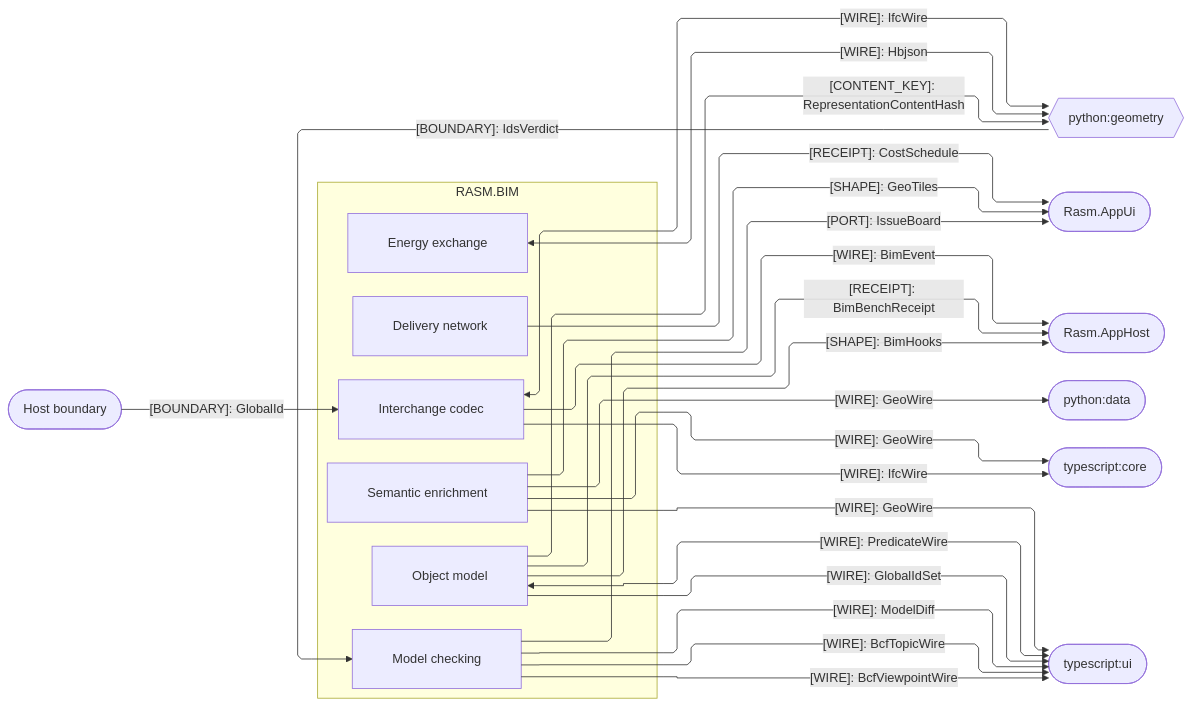
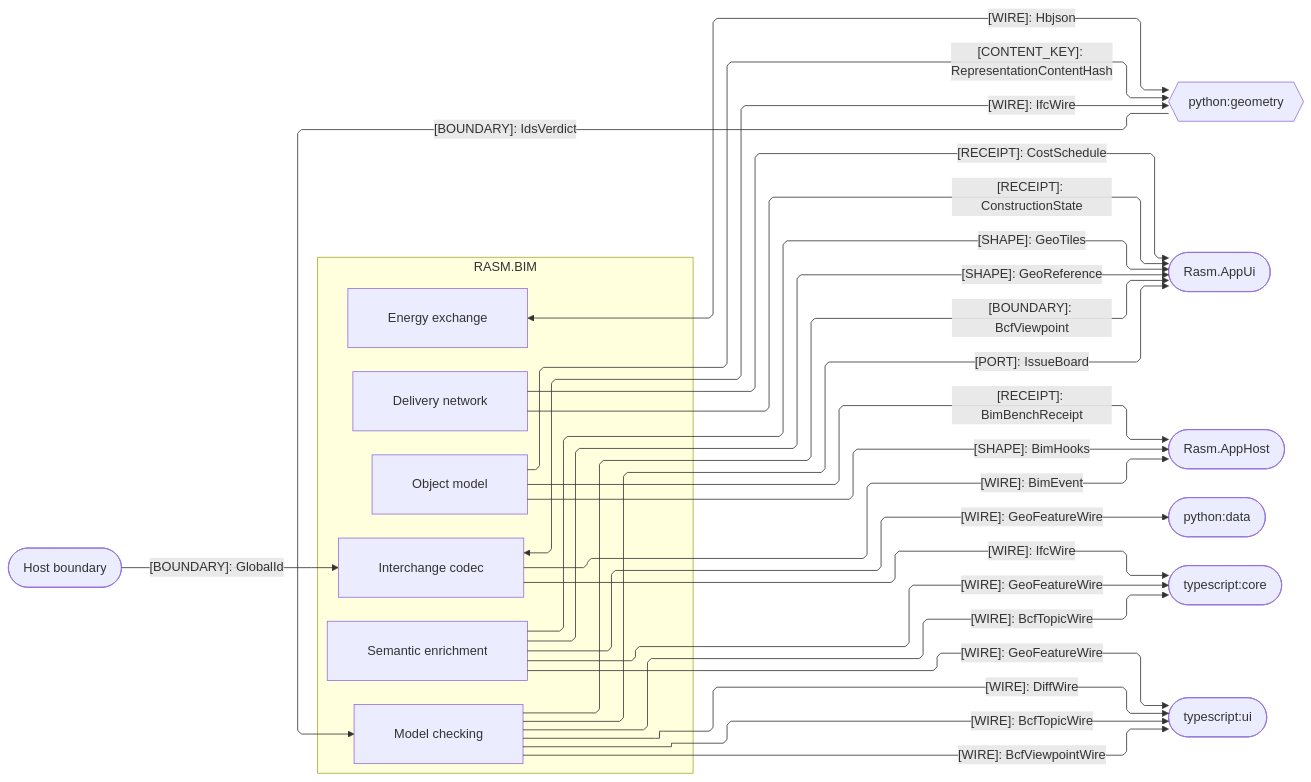
The third of 3 diagrams in libs/csharp/Rasm.Bim/ARCHITECTURE.md (bsamiee/Rasm), drawn with Mermaid before and after one commit. The commit also changed other lines of this file and 486 other files, not shown here.

````diff
--- a/libs/csharp/Rasm.Bim/ARCHITECTURE.md
+++ b/libs/csharp/Rasm.Bim/ARCHITECTURE.md
@@ -168,47 +166,49 @@
 ```mermaid
 ---
 config:
   layout: elk
   flowchart:
     curve: linear
     padding: 25
 ---
 flowchart LR
     accTitle: Bim cross-runtime, presentation, and host seams
-    accDescr: Bim sub-domain owners exchanging wires, receipts, and boundaries with the Python geometry and data runtimes, the TypeScript peers, the app shell, the app composition root, and the host boundary — one edge per contract family labeled by kind, bidirectional peers as hexagons, one-way partners as stadiums.
+    accDescr: Bim owners exchanging wires, shapes, receipts, and boundaries with the cross-runtime peers, the app platform, and the host boundary.
     subgraph bim[RASM.BIM]
         Model[Object model]
         Semantics[Semantic enrichment]
         Exchange[Interchange codec]
         Review[Model checking]
         Energy[Energy exchange]
         Planning[Delivery network]
     end
     Geometry{{python:geometry}}
     AppUi([Rasm.AppUi])
     AppHost([Rasm.AppHost])
     Host([Host boundary])
     Data([python:data])
     Core([typescript:core])
     Ui([typescript:ui])
     Exchange <-->|"[WIRE]: IfcWire"| Geometry
     Model -->|"[CONTENT_KEY]: RepresentationContentHash"| Geometry
     Geometry -->|"[BOUNDARY]: IdsVerdict"| Review
     Energy <-->|"[WIRE]: Hbjson"| Geometry
     Semantics -->|"[SHAPE]: GeoTiles"| AppUi
+    Semantics -->|"[SHAPE]: GeoReference"| AppUi
     Planning -->|"[RECEIPT]: CostSchedule"| AppUi
+    Planning -->|"[RECEIPT]: ConstructionState"| AppUi
     Review -->|"[PORT]: IssueBoard"| AppUi
+    Review -->|"[BOUNDARY]: BcfViewpoint"| AppUi
     Model -->|"[SHAPE]: BimHooks"| AppHost
     Model -->|"[RECEIPT]: BimBenchReceipt"| AppHost
     Exchange -->|"[WIRE]: BimEvent"| AppHost
     Host -->|"[BOUNDARY]: GlobalId"| Exchange
-    Semantics -->|"[WIRE]: GeoWire"| Data
+    Semantics -->|"[WIRE]: GeoFeatureWire"| Data
     Exchange -->|"[WIRE]: IfcWire"| Core
-    Semantics -->|"[WIRE]: GeoWire"| Core
+    Review -->|"[WIRE]: BcfTopicWire"| Core
+    Semantics -->|"[WIRE]: GeoFeatureWire"| Core
     Review -->|"[WIRE]: BcfTopicWire"| Ui
     Review -->|"[WIRE]: BcfViewpointWire"| Ui
-    Semantics -->|"[WIRE]: GeoWire"| Ui
-    Model <-->|"[WIRE]: PredicateWire"| Ui
-    Model -->|"[WIRE]: GlobalIdSet"| Ui
-    Review -->|"[WIRE]: ModelDiff"| Ui
+    Semantics -->|"[WIRE]: GeoFeatureWire"| Ui
+    Review -->|"[WIRE]: DiffWire"| Ui
 ```
````
